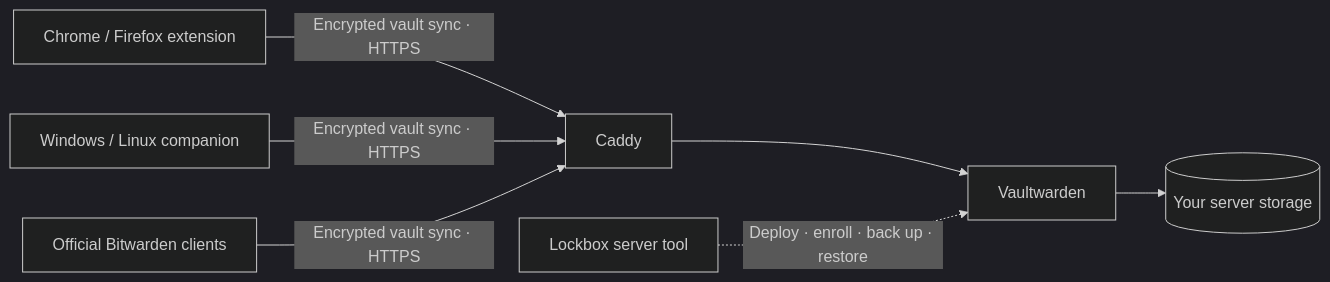
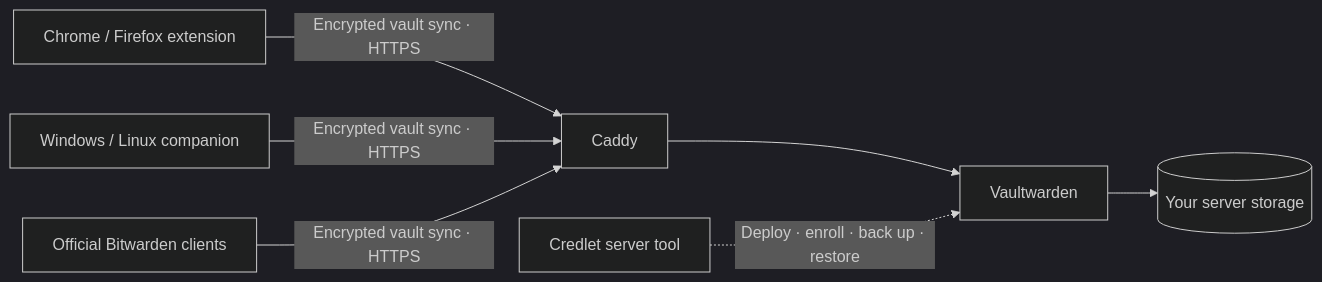
The diagram in README.md (hamb1y/credlet), drawn with Mermaid (dark theme) before and after one commit. The commit also changed other lines of this file and 91 other files, not shown here.

Commit message:
Rename Lockbox to Credlet and improve vault safety and interfaces

````diff
--- a/README.md
+++ b/README.md
@@ -91,9 +94,9 @@
 ```mermaid
 flowchart LR
     E[Chrome / Firefox extension] -->|Encrypted vault sync · HTTPS| C[Caddy]
     D[Windows / Linux companion] -->|Encrypted vault sync · HTTPS| C
     B[Official Bitwarden clients] -->|Encrypted vault sync · HTTPS| C
     C --> V[Vaultwarden]
     V --> S[(Your server storage)]
-    M[Lockbox server tool] -. Deploy · enroll · back up · restore .-> V
+    M[Credlet server tool] -. Deploy · enroll · back up · restore .-> V
 ```
````
